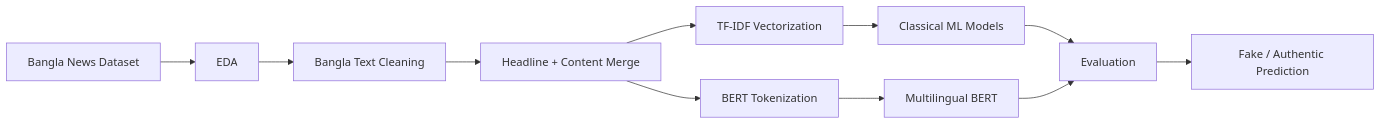
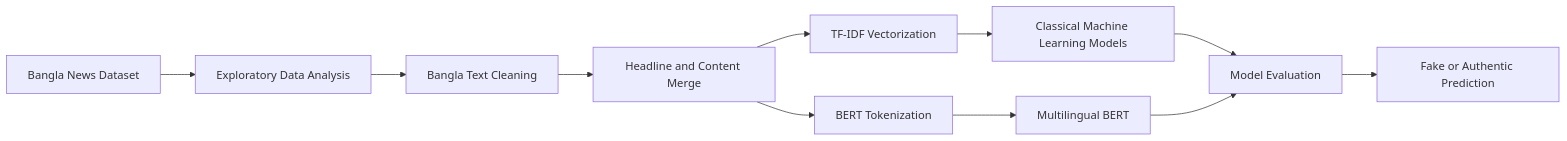
One commit to saifulislampriyan/bangla-fakenews-ml-bert changed the diagram in README.md. Above: the diagram before and after it, drawn with Mermaid. The commit also changed other lines of this file, not shown here.

````diff
--- a/README.md
+++ b/README.md
@@ -136,17 +129,17 @@
 ```mermaid
 flowchart LR
-    A[Bangla News Dataset] --> B[EDA]
+    A[Bangla News Dataset] --> B[Exploratory Data Analysis]
     B --> C[Bangla Text Cleaning]
-    C --> D[Headline + Content Merge]
+    C --> D[Headline and Content Merge]
 
     D --> E[TF-IDF Vectorization]
-    E --> F[Classical ML Models]
+    E --> F[Classical Machine Learning Models]
 
     D --> G[BERT Tokenization]
     G --> H[Multilingual BERT]
 
-    F --> I[Evaluation]
+    F --> I[Model Evaluation]
     H --> I
 
-    I --> J[Fake / Authentic Prediction]
+    I --> J[Fake or Authentic Prediction]
 ```
````
